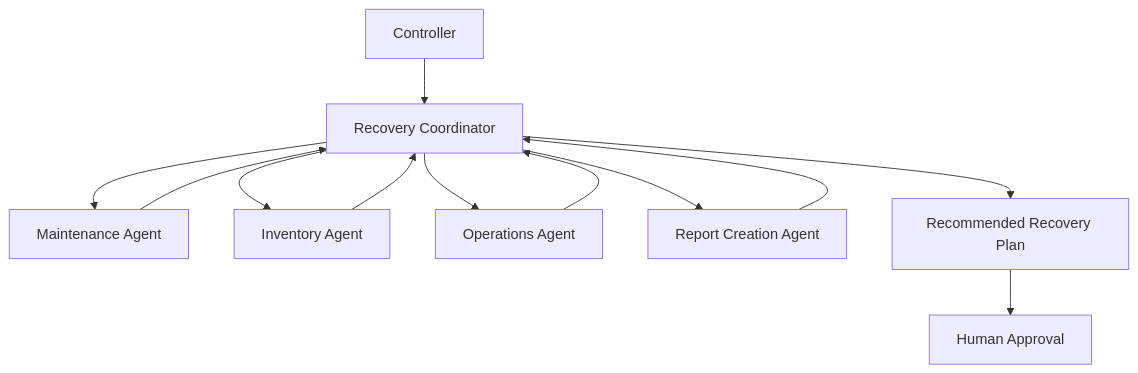
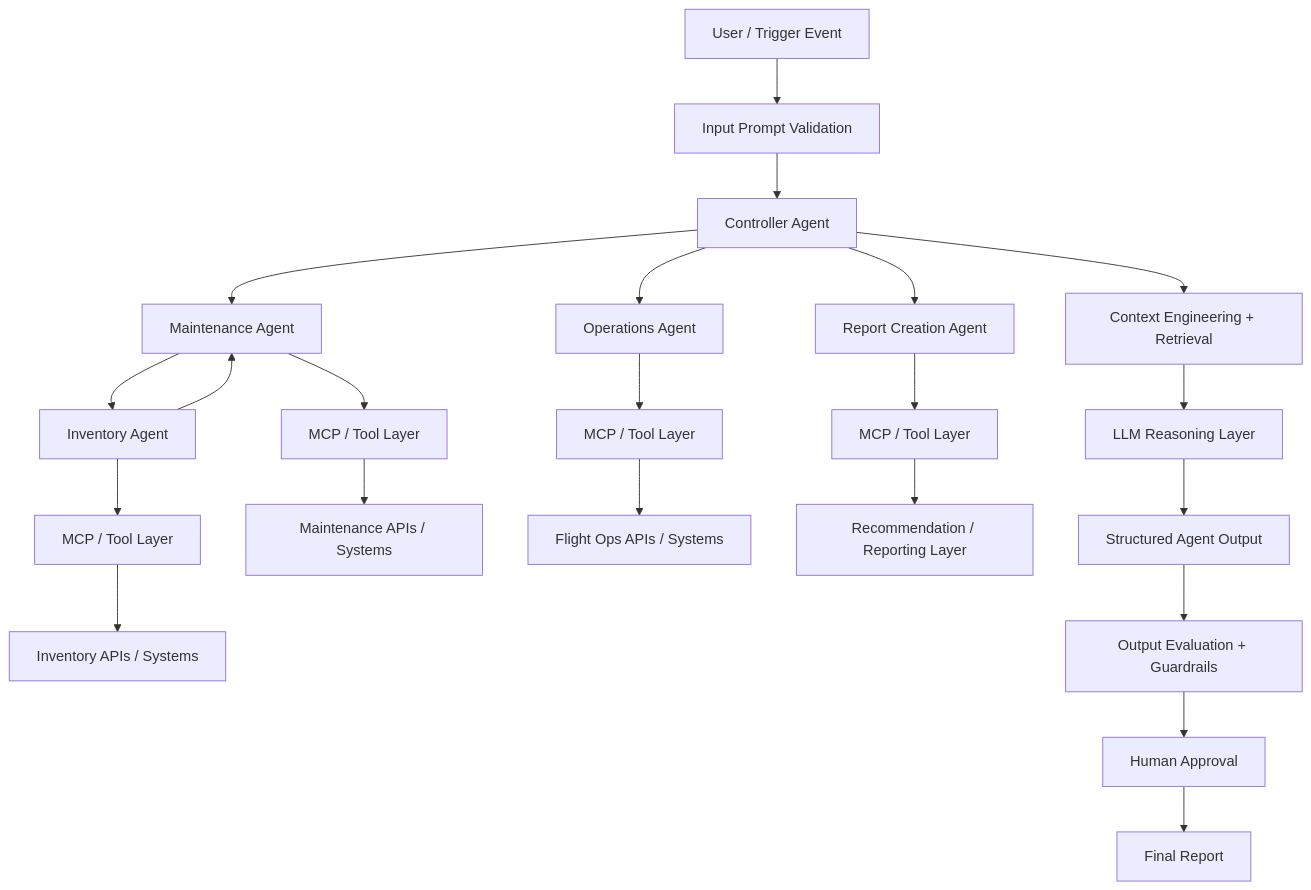
The second of 3 diagrams in propsal.md (jguttikonda/fde_us03_cap), drawn with Mermaid before and after one commit. The commit also changed other lines of this file, not shown here.

Commit message:
Updated few more details

````diff
--- a/propsal.md
+++ b/propsal.md
@@ -130,15 +140,29 @@
 ```mermaid
 flowchart TB
-User[Controller]
-User --> RC[Recovery Coordinator]
-RC --> MA[Maintenance Agent]
-RC --> IA[Inventory Agent]
-RC --> OA[Operations Agent]
-RC --> RA[Report Creation Agent]
-MA --> RC
-IA --> RC
-OA --> RC
-RA --> RC
-RC --> Decision[Recommended Recovery Plan]
-Decision --> Human[Human Approval]
+    User[User / Trigger Event] --> Validation[Input Prompt Validation]
+    Validation --> Controller[Controller Agent]
+    Controller --> Context[Context Engineering + Retrieval]
+    Context --> LLM[LLM Reasoning Layer]
+
+    Controller --> Maintenance[Maintenance Agent]
+    Controller --> Operations[Operations Agent]
+    Controller --> Report[Report Creation Agent]
+
+    Maintenance --> Inventory[Inventory Agent]
+    Inventory --> Maintenance
+
+    Maintenance --> MCPM[MCP / Tool Layer]
+    Inventory --> MCPI[MCP / Tool Layer]
+    Operations --> MCPO[MCP / Tool Layer]
+    Report --> MCPR[MCP / Tool Layer]
+
+    MCPM --> MAPI[Maintenance APIs / Systems]
+    MCPI --> IAPI[Inventory APIs / Systems]
+    MCPO --> OAPI[Flight Ops APIs / Systems]
+    MCPR --> RAPI[Recommendation / Reporting Layer]
+
+    LLM --> AgentOut[Structured Agent Output]
+    AgentOut --> Eval[Output Evaluation + Guardrails]
+    Eval --> Human[Human Approval]
+    Human --> Final[Final Report]
 ```
````
